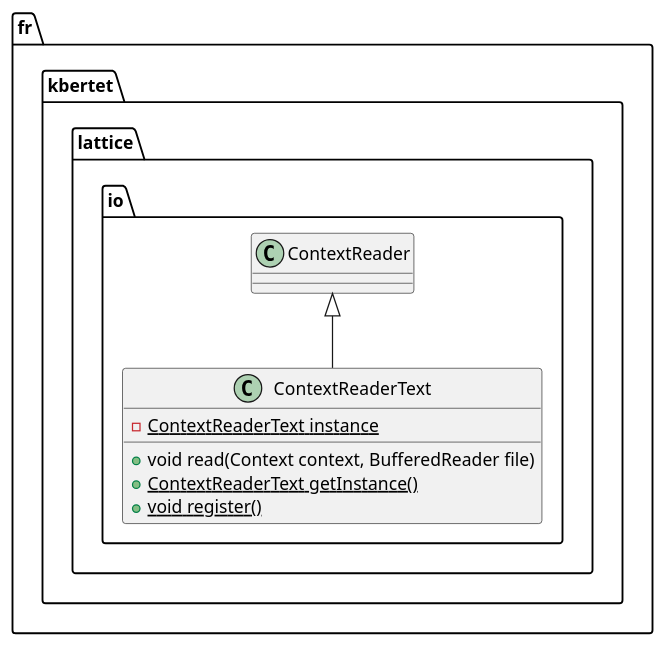
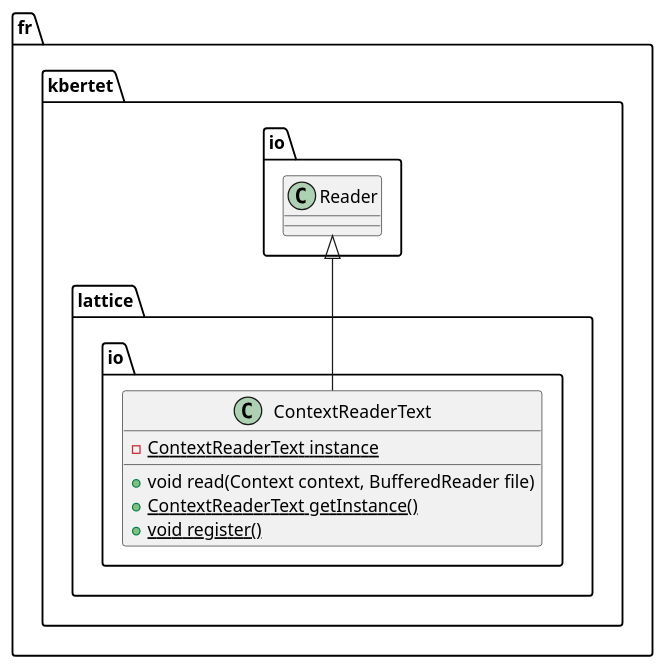
Before and after one commit to thegalactic/java-lattices: the diagram in src/main/javadoc/resources/fr/kbertet/context/io/ContextReaderText.iuml, drawn with PlantUML. The commit also changed 28 other files, not shown here.

```diff
--- a/src/main/javadoc/resources/fr/kbertet/context/io/ContextReaderText.iuml
+++ b/src/main/javadoc/resources/fr/kbertet/context/io/ContextReaderText.iuml
@@ -1,10 +1,10 @@
 package fr.kbertet.lattice.io {
     class ContextReaderText {
     	-{static}ContextReaderText instance
         +void read(Context context, BufferedReader file)
         +{static}ContextReaderText getInstance()
         +{static}void register()
     }
 
-    ContextReader <|-- ContextReaderText
+    fr.kbertet.io.Reader <|-- ContextReaderText
 }
```
